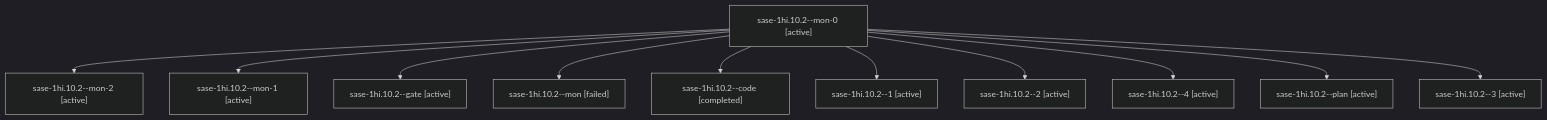
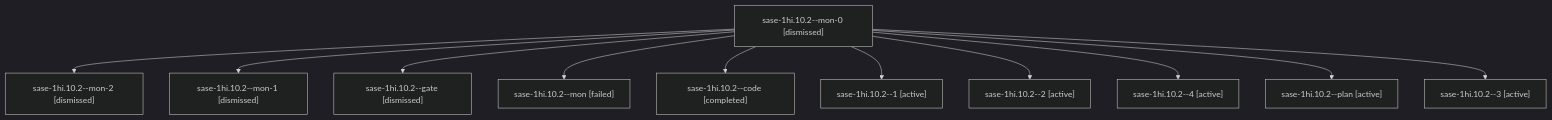
One commit to sase-org/sase--agents changed the diagram in sessions/bbugyi200.apollo.sase-1hi.10.2.md. Above: the diagram before and after it, drawn with Mermaid (dark theme). The commit also changed other lines of this file and 259 other files, not shown here.

````diff
--- a/sessions/bbugyi200.apollo.sase-1hi.10.2.md
+++ b/sessions/bbugyi200.apollo.sase-1hi.10.2.md
@@ -9,24 +9,24 @@
 ```mermaid
 flowchart TD
-  n0["sase-1hi.10.2--mon-0 [active]"]
-  n1["sase-1hi.10.2--mon-2 [active]"]
+  n0["sase-1hi.10.2--mon-0 [dismissed]"]
+  n1["sase-1hi.10.2--mon-2 [dismissed]"]
   n0 --> n1
-  n2["sase-1hi.10.2--mon-1 [active]"]
+  n2["sase-1hi.10.2--mon-1 [dismissed]"]
   n0 --> n2
-  n3["sase-1hi.10.2--gate [active]"]
+  n3["sase-1hi.10.2--gate [dismissed]"]
   n0 --> n3
   n4["sase-1hi.10.2--mon [failed]"]
   n0 --> n4
   n5["sase-1hi.10.2--code [completed]"]
   n0 --> n5
   n6["sase-1hi.10.2--1 [active]"]
   n0 --> n6
   n7["sase-1hi.10.2--2 [active]"]
   n0 --> n7
   n8["sase-1hi.10.2--4 [active]"]
   n0 --> n8
   n9["sase-1hi.10.2--plan [active]"]
   n0 --> n9
   n10["sase-1hi.10.2--3 [active]"]
   n0 --> n10
 ```
````
